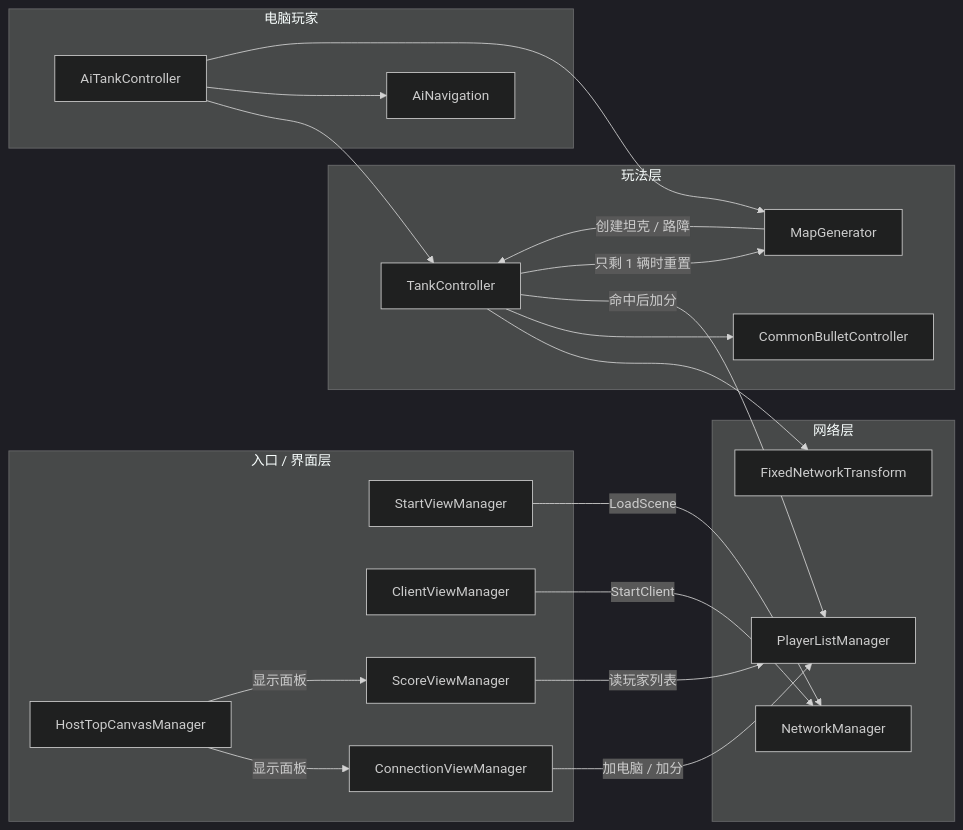
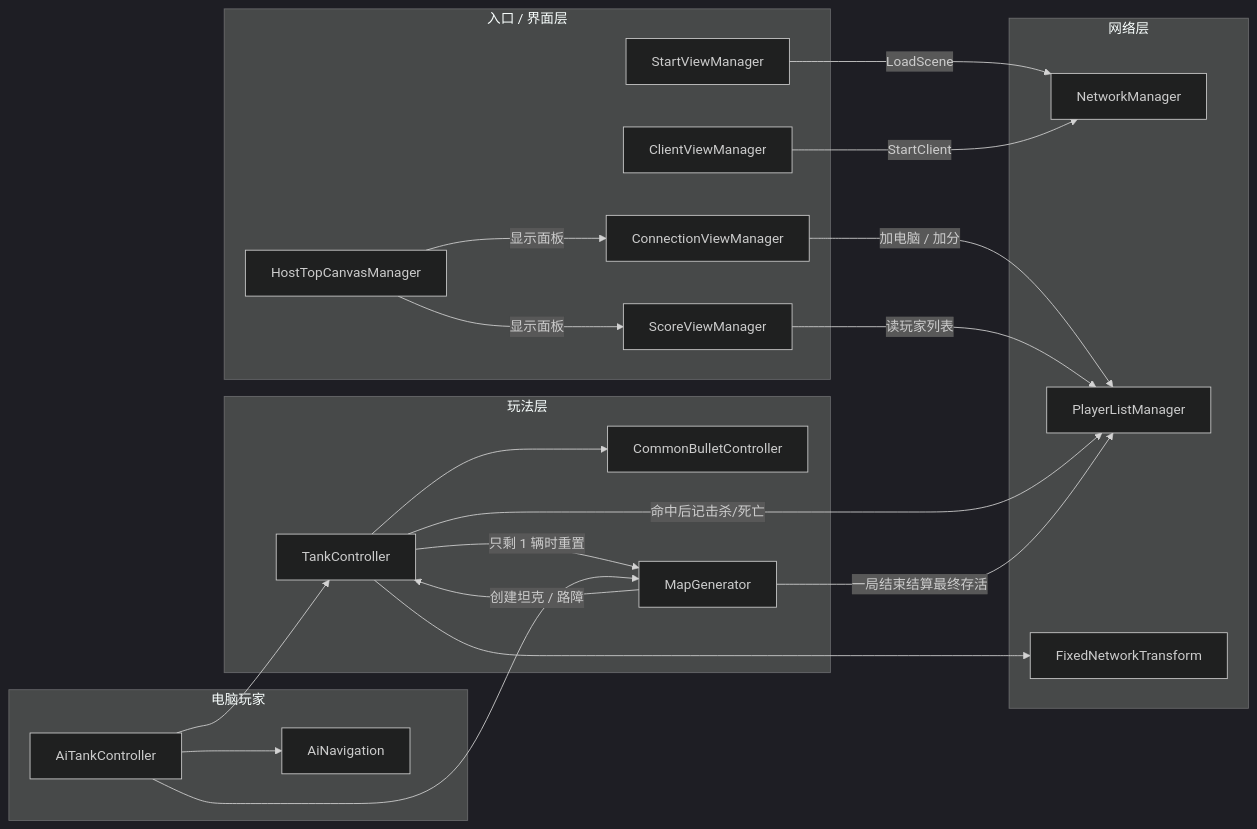
One commit to 3297207993/tank changed the second of 3 diagrams in docs/architecture.md. Above: the diagram before and after it, drawn with Mermaid (dark theme). The commit also changed other lines of this file and 18 other files, not shown here.

````diff
--- a/docs/architecture.md
+++ b/docs/architecture.md
@@ -67,42 +67,43 @@
 ```mermaid
 flowchart LR
     subgraph UI["入口 / 界面层"]
         SV["StartViewManager"]
         CV["ClientViewManager"]
         LV["ConnectionViewManager"]
         SC["ScoreViewManager"]
         HT["HostTopCanvasManager"]
     end
 
     subgraph NET["网络层"]
         NM["NetworkManager"]
         PL["PlayerListManager"]
         FNT["FixedNetworkTransform"]
     end
 
     subgraph GAME["玩法层"]
         TK["TankController"]
         BL["CommonBulletController"]
         MG["MapGenerator"]
     end
 
     subgraph AI["电脑玩家"]
         AIT["AiTankController"]
         AIN["AiNavigation"]
     end
 
     SV -->|LoadScene| NM
     CV -->|StartClient| NM
     LV -->|加电脑 / 加分| PL
     SC -->|读玩家列表| PL
     HT -->|显示面板| LV
     HT -->|显示面板| SC
     TK --> FNT
     TK --> BL
-    TK -->|命中后加分| PL
+    TK -->|命中后记击杀/死亡| PL
     TK -->|只剩 1 辆时重置| MG
+    MG -->|一局结束结算最终存活| PL
     MG -->|创建坦克 / 路障| TK
     AIT --> TK
     AIT --> AIN
     AIT --> MG
 ```
````
